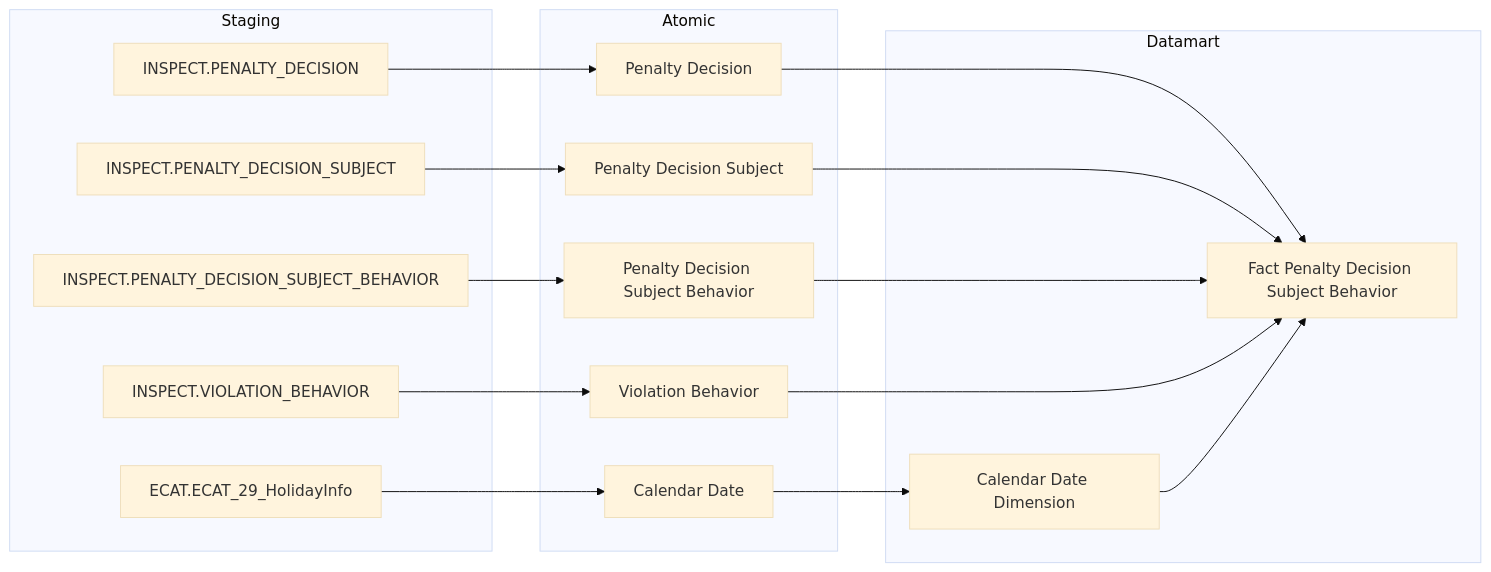
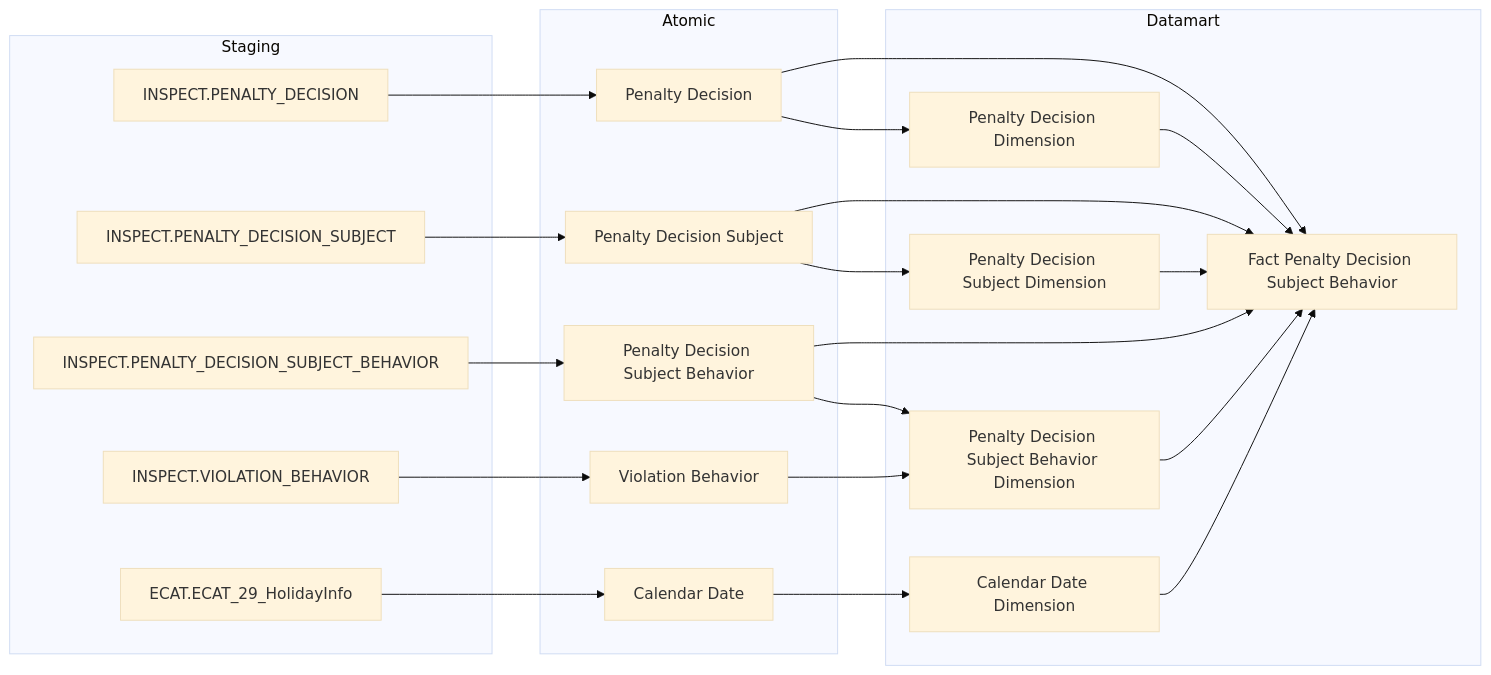
One commit to linhlvit/ubck_atomic_design changed the eighth of 50 diagrams in Datamart/hld/DTM_TT_HLD.md. Above: the diagram before and after it, drawn with Mermaid (base theme). The commit also changed other lines of this file and 26 other files, not shown here.

````diff
--- a/Datamart/hld/DTM_TT_HLD.md
+++ b/Datamart/hld/DTM_TT_HLD.md
@@ -260,36 +259,45 @@
 ```mermaid
 flowchart LR
     subgraph SRC["Staging"]
         S1["INSPECT.PENALTY_DECISION"]
         S2["INSPECT.PENALTY_DECISION_SUBJECT"]
         S3["INSPECT.PENALTY_DECISION_SUBJECT_BEHAVIOR"]
         S4["INSPECT.VIOLATION_BEHAVIOR"]
         ECAT_HolidayInfo["ECAT.ECAT_29_HolidayInfo"]
     end
 
     subgraph SIL["Atomic"]
         SV1["Penalty Decision"]
         SV2["Penalty Decision Subject"]
         SV3["Penalty Decision Subject Behavior"]
         SV4["Violation Behavior"]
         Calendar_Date["Calendar Date"]
     end
 
     subgraph GOLD["Datamart"]
         G1["Fact Penalty Decision Subject Behavior"]
         G2["Calendar Date Dimension"]
+        G3["Penalty Decision Subject Behavior Dimension"]
+        G4["Penalty Decision Dimension"]
+        G5["Penalty Decision Subject Dimension"]
     end
 
     S1 --> SV1
     S2 --> SV2
     S3 --> SV3
     S4 --> SV4
     ECAT_HolidayInfo --> Calendar_Date
 
     SV1 --> G1
+    SV1 --> G4
     SV2 --> G1
+    SV2 --> G5
     SV3 --> G1
-    SV4 --> G1
+    SV3 --> G3
+    SV4 --> G3
     Calendar_Date --> G2
     G2 --> G1
+    G3 --> G1
+    G4 --> G1
+    G5 --> G1
 ```
````
